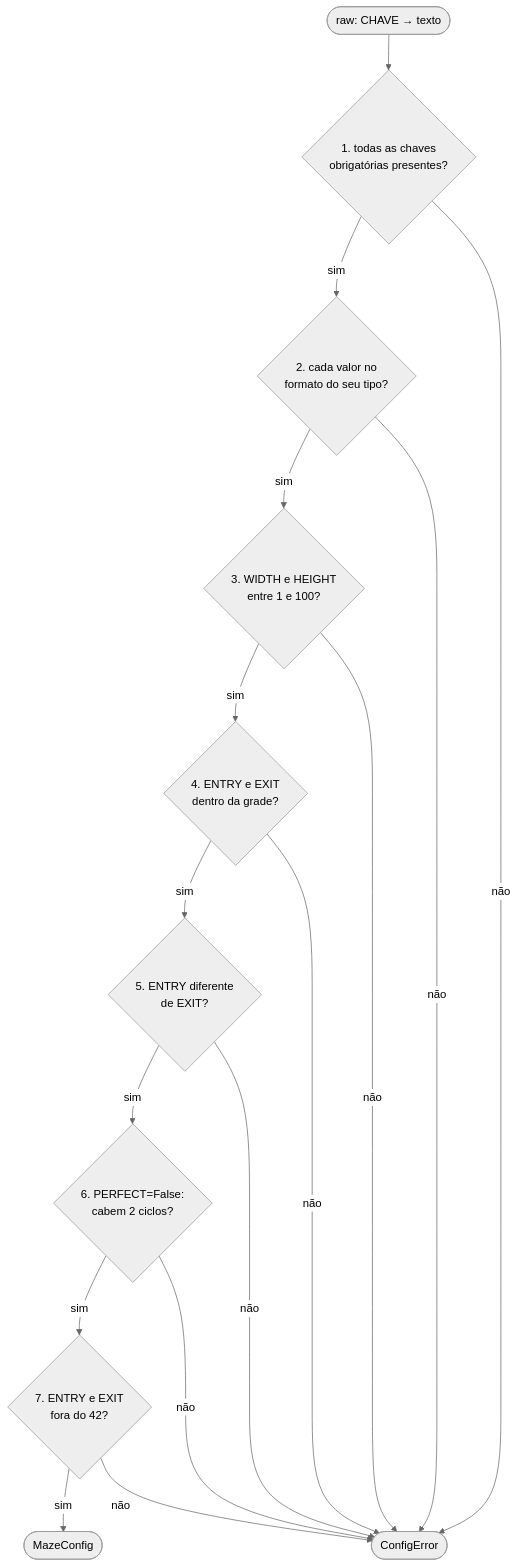
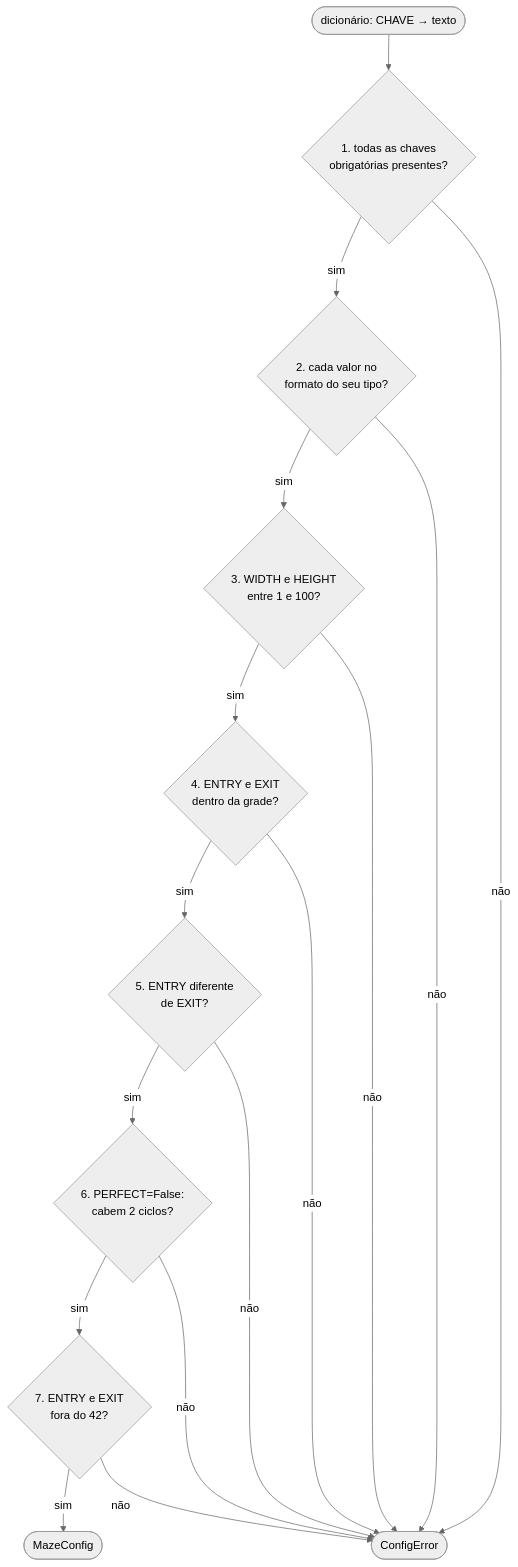
One commit to navegar-sistemas/dojo changed the diagram in python/a-maze-ing/tutorial/docs/11-configuracao/03-a-ordem-das-validacoes.md. Above: the diagram before and after it, drawn with Mermaid (neutral theme). The commit also changed other lines of this file and 205 other files, not shown here.

````diff
--- a/python/a-maze-ing/tutorial/docs/11-configuracao/03-a-ordem-das-validacoes.md
+++ b/python/a-maze-ing/tutorial/docs/11-configuracao/03-a-ordem-das-validacoes.md
@@ -11,29 +35,29 @@
 ```mermaid
 flowchart TD
-    start(["raw: CHAVE → texto"])
+    start(["dicionário: CHAVE → texto"])
     missing{"1. todas as chaves<br/>obrigatórias presentes?"}
     types{"2. cada valor no<br/>formato do seu tipo?"}
     size{"3. WIDTH e HEIGHT<br/>entre 1 e 100?"}
     inside{"4. ENTRY e EXIT<br/>dentro da grade?"}
     differ{"5. ENTRY diferente<br/>de EXIT?"}
     pacman{"6. PERFECT=False:<br/>cabem 2 ciclos?"}
     pattern{"7. ENTRY e EXIT<br/>fora do 42?"}
     ok(["MazeConfig"])
     error(["ConfigError"])
 
     start --> missing
     missing -- sim --> types
     types -- sim --> size
     size -- sim --> inside
     inside -- sim --> differ
     differ -- sim --> pacman
     pacman -- sim --> pattern
     pattern -- sim --> ok
     missing -- não --> error
     types -- não --> error
     size -- não --> error
     inside -- não --> error
     differ -- não --> error
     pacman -- não --> error
     pattern -- não --> error
 ```
````
